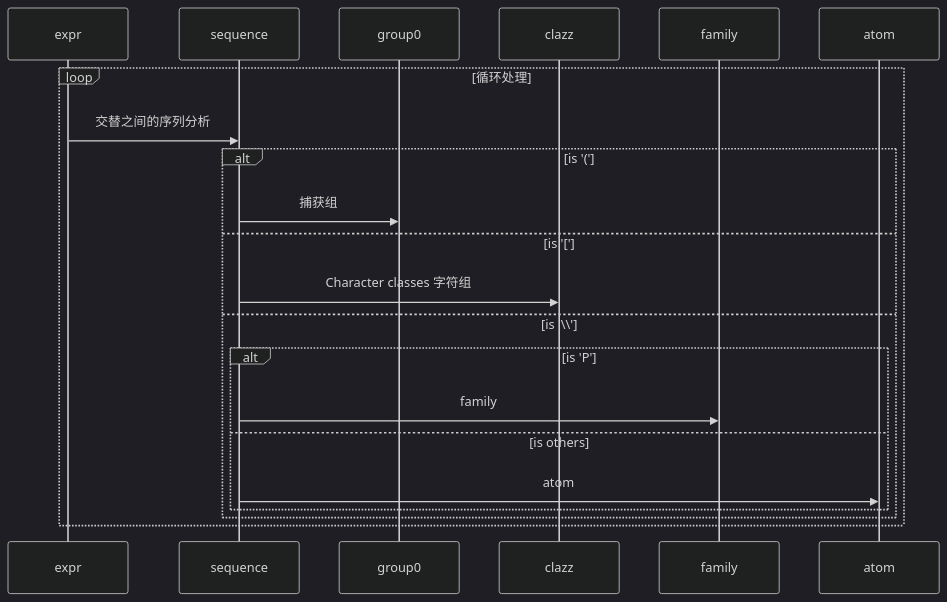
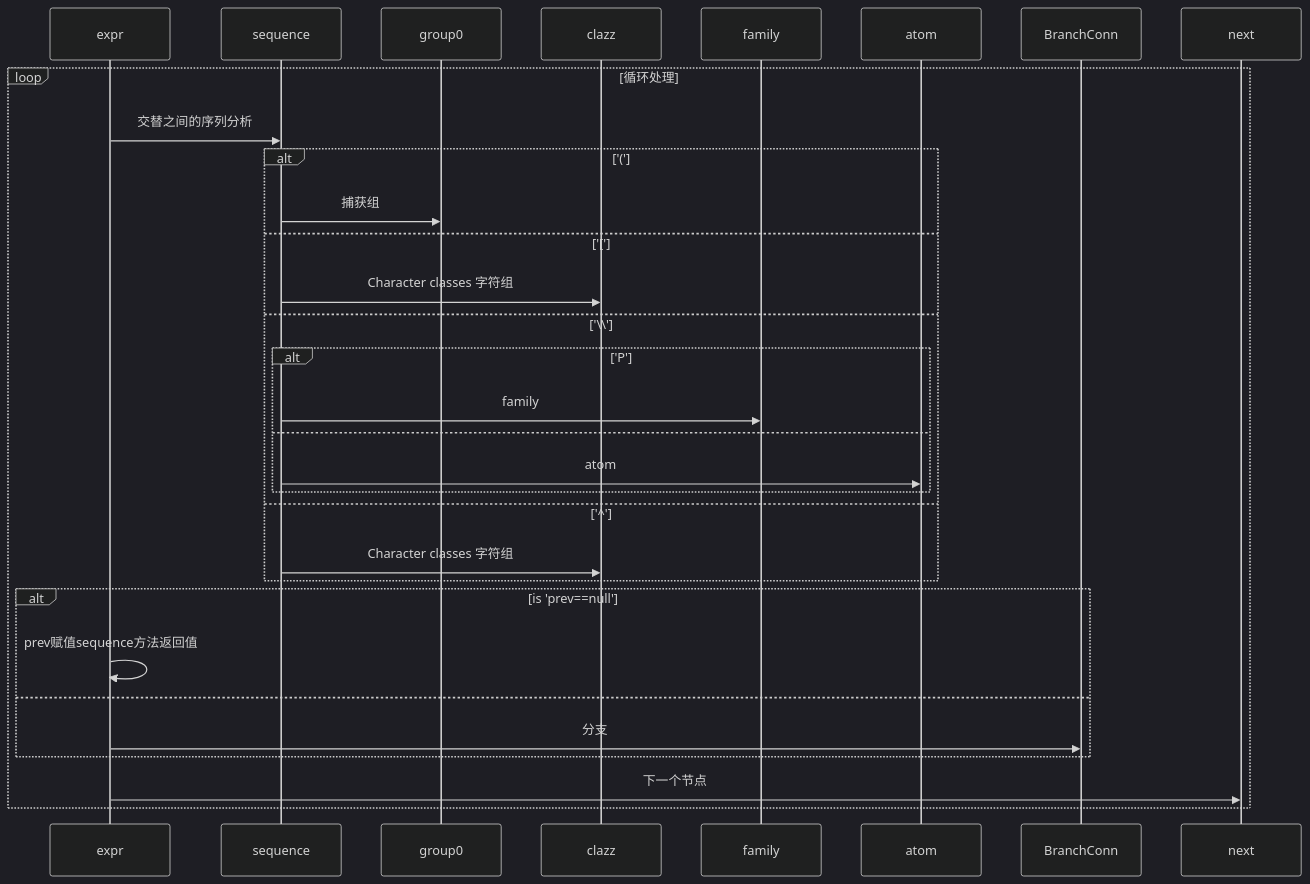
Before and after one commit to David-5-5/tutorial: the first of 2 diagrams in java/tutorial/src/main/java/tutorial/regexp/studing.md, drawn with Mermaid (dark theme). The commit also changed 68 other files, not shown here.

````diff
--- a/java/tutorial/src/main/java/tutorial/regexp/studing.md
+++ b/java/tutorial/src/main/java/tutorial/regexp/studing.md
@@ -8,23 +8,33 @@
 ```mermaid
 sequenceDiagram
 
 loop 循环处理
 
-    expr->>sequence: 交替之间的序列分析
+  expr->>sequence: 交替之间的序列分析
 
-    alt is '('
-        sequence->>group0: 捕获组
-    else is '['
-        sequence->>clazz: Character classes 字符组
-    else is '\\'
-        alt is 'P'
-            sequence->>family: family
-        else is others
-            sequence->>atom: atom
-        end
+  alt '('
+    sequence->>group0: 捕获组
+  else '['
+    sequence->>clazz: Character classes 字符组
+  else '\\'
+    alt 'P'
+      sequence->>family: family
+    else
+      sequence->>atom: atom
     end
+  else '^'
+    sequence->>clazz: Character classes 字符组
+  end
+
+  alt is 'prev==null'
+    expr->>expr:prev赋值sequence方法返回值
+  else
+    expr->>BranchConn: 分支
+  end
+
+  expr->>next: 下一个节点
 
 end
 
 
 ```
````
